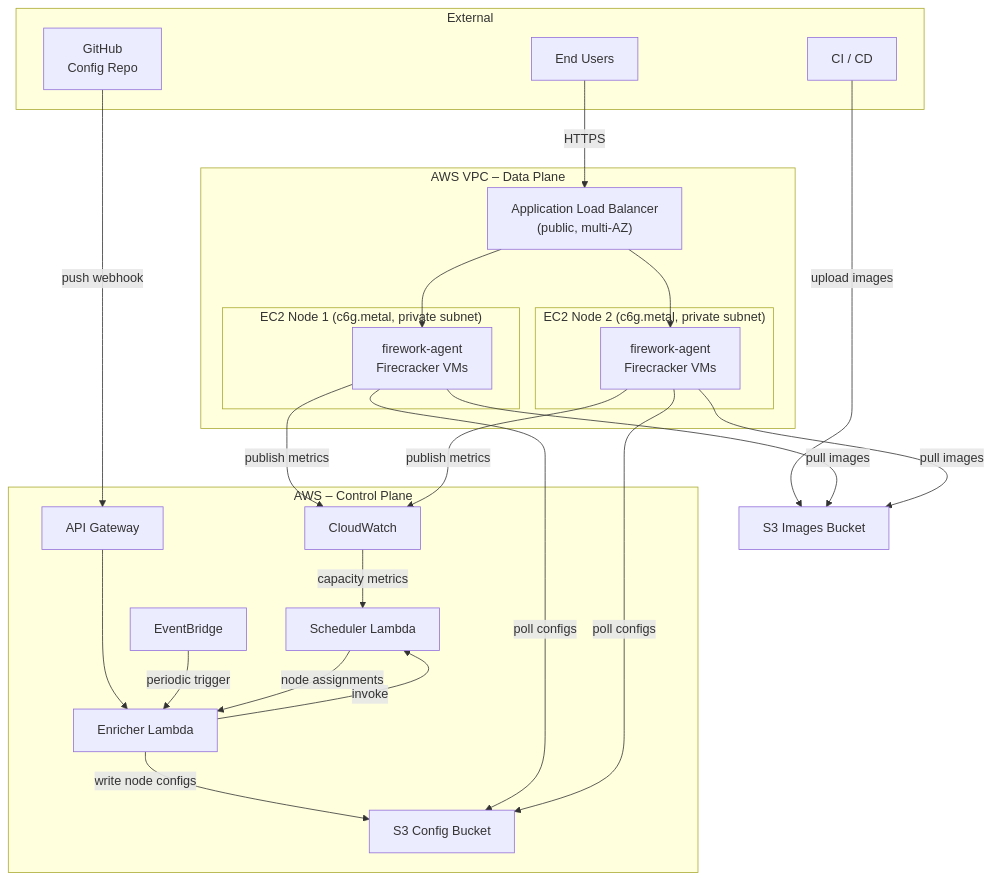
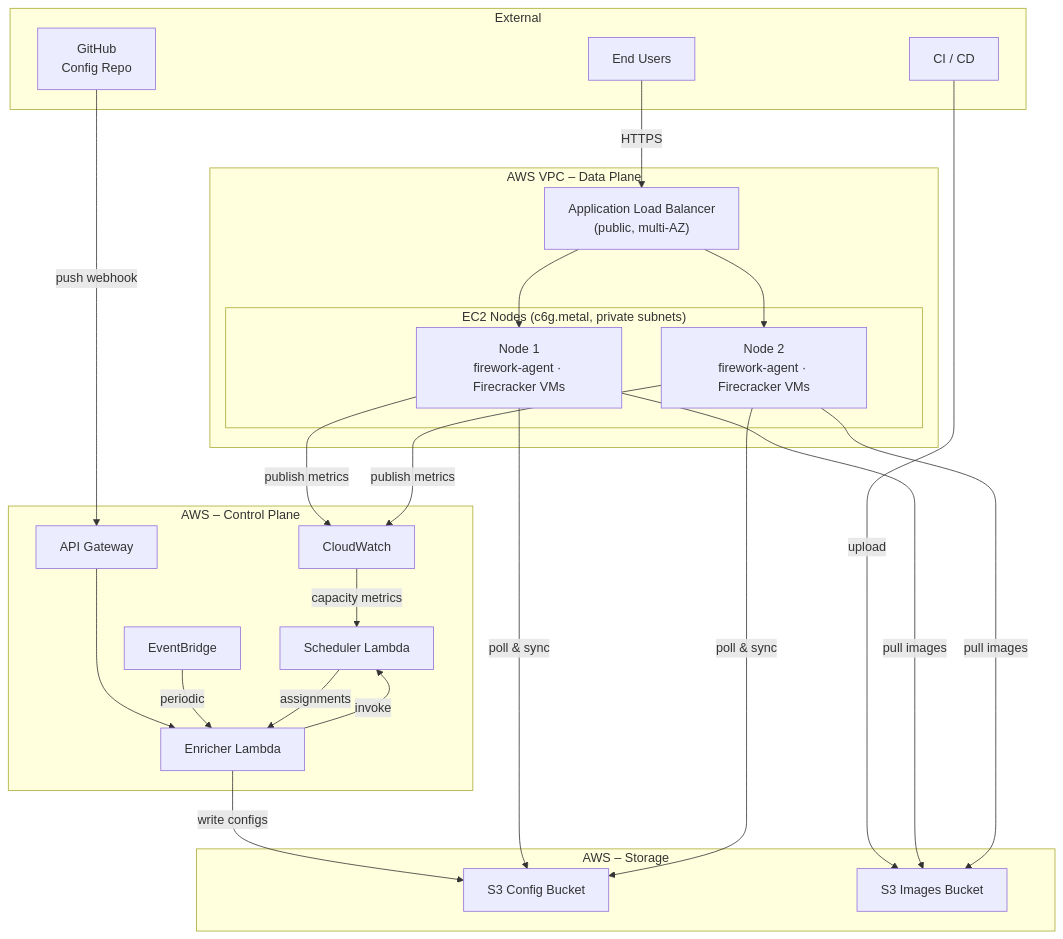
Before and after one commit to artemnikitin/firework: the diagram in README.md, drawn with Mermaid.

````diff
--- a/README.md
+++ b/README.md
@@ -16,48 +16,45 @@
 ```mermaid
 flowchart TB
     subgraph external["External"]
         USER["End Users"]
         GITHUB["GitHub\nConfig Repo"]
         CI["CI / CD"]
     end
 
     subgraph control_plane["AWS – Control Plane"]
         APIGW["API Gateway"]
         EB["EventBridge"]
         ENRICHER["Enricher Lambda"]
         SCHED["Scheduler Lambda"]
-        S3CFG["S3 Config Bucket"]
         CW["CloudWatch"]
     end
 
-    S3IMG["S3 Images Bucket"]
+    subgraph storage["AWS – Storage"]
+        S3CFG["S3 Config Bucket"]
+        S3IMG["S3 Images Bucket"]
+    end
 
     subgraph vpc["AWS VPC – Data Plane"]
         ALB["Application Load Balancer\n(public, multi-AZ)"]
-
-        subgraph node1["EC2 Node 1  (c6g.metal, private subnet)"]
-            N1["firework-agent\nFirecracker VMs"]
-        end
-
-        subgraph node2["EC2 Node 2  (c6g.metal, private subnet)"]
-            N2["firework-agent\nFirecracker VMs"]
+        subgraph nodes["EC2 Nodes  (c6g.metal, private subnets)"]
+            N1["Node 1\nfirework-agent · Firecracker VMs"]
+            N2["Node 2\nfirework-agent · Firecracker VMs"]
         end
     end
 
     USER -->|HTTPS| ALB
     ALB --> N1 & N2
 
     GITHUB -->|push webhook| APIGW
     APIGW --> ENRICHER
-    EB -->|periodic trigger| ENRICHER
+    EB -->|periodic| ENRICHER
     ENRICHER -->|invoke| SCHED
     CW -->|capacity metrics| SCHED
-    SCHED -->|node assignments| ENRICHER
-    ENRICHER -->|write node configs| S3CFG
+    SCHED -->|assignments| ENRICHER
+    ENRICHER -->|write configs| S3CFG
+    CI -->|upload| S3IMG
 
-    CI -->|upload images| S3IMG
-
-    N1 & N2 -->|poll configs| S3CFG
+    N1 & N2 -->|poll & sync| S3CFG
     N1 & N2 -->|pull images| S3IMG
     N1 & N2 -->|publish metrics| CW
 ```
````
